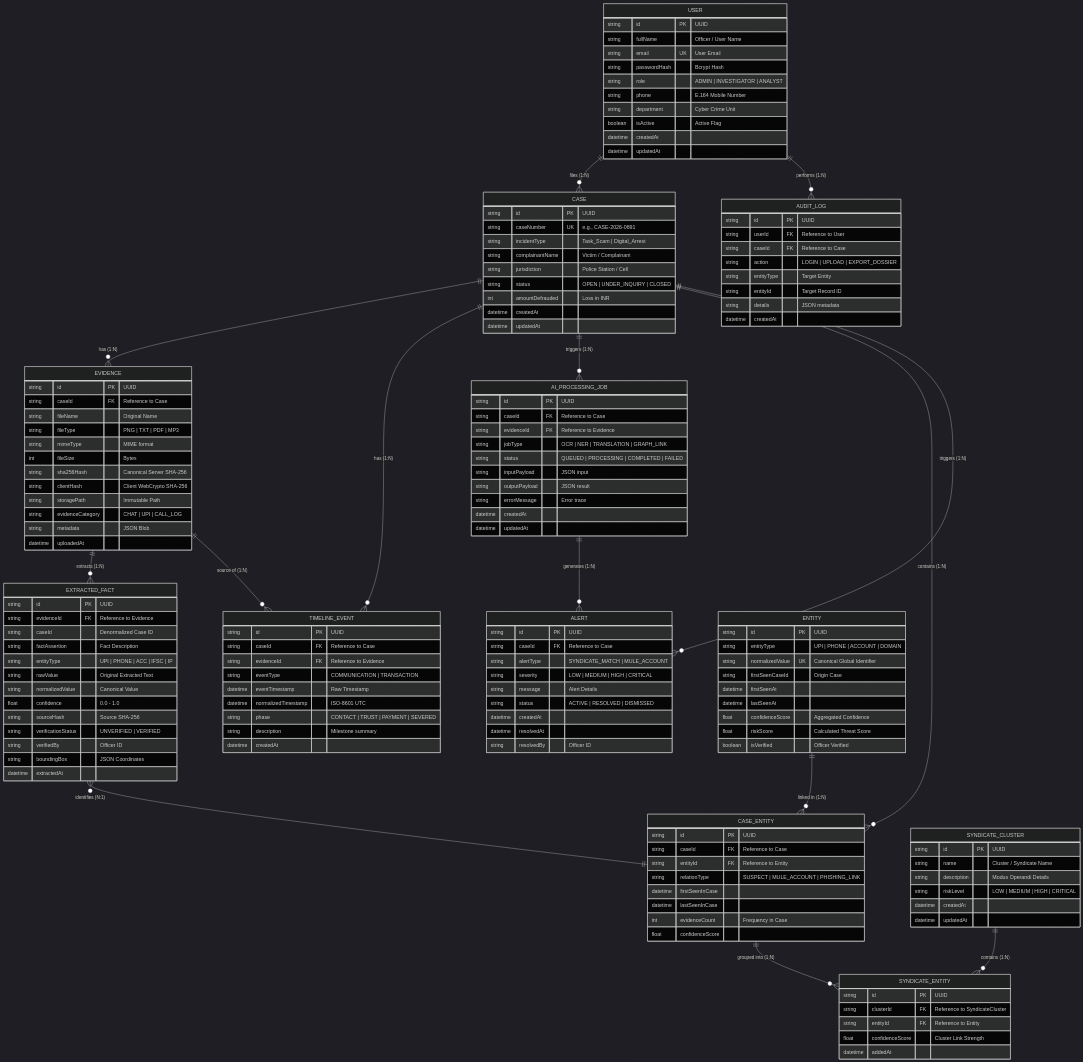
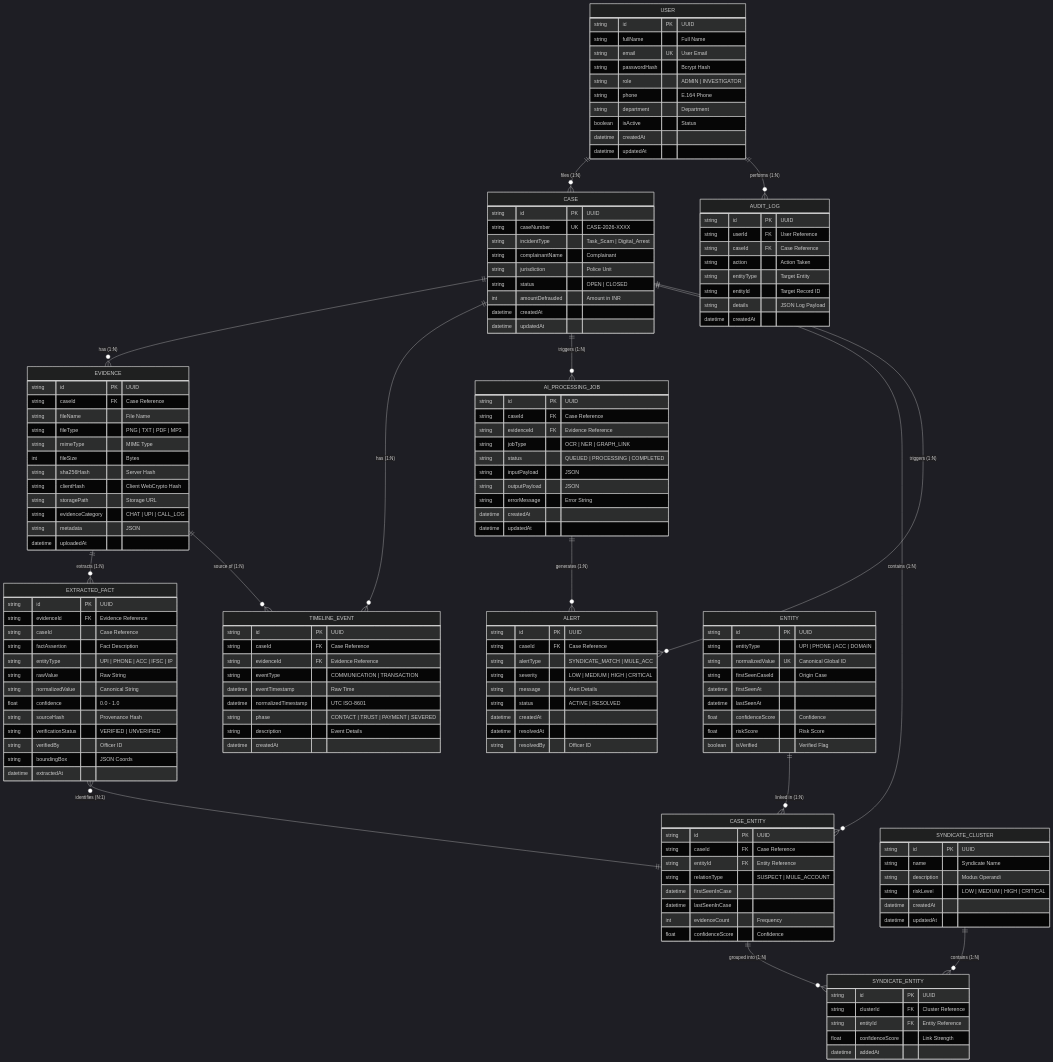
Before and after one commit to aryantripathi130306-droid/Rakshak: the diagram in README.md, drawn with Mermaid (dark theme). The commit also changed other lines of this file, not shown here.

Commit message:
ER Diagram design changes

```diff
--- a/README.md
+++ b/README.md
@@ -280,103 +92,103 @@
 
     USER {
         string id PK "UUID"
-        string fullName "Officer / User Name"
+        string fullName "Full Name"
         string email UK "User Email"
         string passwordHash "Bcrypt Hash"
-        string role "ADMIN | INVESTIGATOR | ANALYST"
-        string phone "E.164 Mobile Number"
-        string department "Cyber Crime Unit"
-        boolean isActive "Active Flag"
+        string role "ADMIN | INVESTIGATOR"
+        string phone "E.164 Phone"
+        string department "Department"
+        boolean isActive "Status"
         datetime createdAt
         datetime updatedAt
     }
 
     CASE {
         string id PK "UUID"
-        string caseNumber UK "e.g., CASE-2026-0891"
+        string caseNumber UK "CASE-2026-XXXX"
         string incidentType "Task_Scam | Digital_Arrest"
-        string complainantName "Victim / Complainant"
-        string jurisdiction "Police Station / Cell"
-        string status "OPEN | UNDER_INQUIRY | CLOSED"
-        int amountDefrauded "Loss in INR"
+        string complainantName "Complainant"
+        string jurisdiction "Police Unit"
+        string status "OPEN | CLOSED"
+        int amountDefrauded "Amount in INR"
         datetime createdAt
         datetime updatedAt
     }
 
     EVIDENCE {
         string id PK "UUID"
-        string caseId FK "Reference to Case"
-        string fileName "Original Name"
+        string caseId FK "Case Reference"
+        string fileName "File Name"
         string fileType "PNG | TXT | PDF | MP3"
-        string mimeType "MIME format"
+        string mimeType "MIME Type"
         int fileSize "Bytes"
-        string sha256Hash "Canonical Server SHA-256"
-        string clientHash "Client WebCrypto SHA-256"
-        string storagePath "Immutable Path"
+        string sha256Hash "Server Hash"
+        string clientHash "Client WebCrypto Hash"
+        string storagePath "Storage URL"
         string evidenceCategory "CHAT | UPI | CALL_LOG"
-        string metadata "JSON Blob"
+        string metadata "JSON"
         datetime uploadedAt
     }
 
     EXTRACTED_FACT {
         string id PK "UUID"
-        string evidenceId FK "Reference to Evidence"
-        string caseId "Denormalized Case ID"
+        string evidenceId FK "Evidence Reference"
+        string caseId "Case Reference"
         string factAssertion "Fact Description"
         string entityType "UPI | PHONE | ACC | IFSC | IP"
-        string rawValue "Original Extracted Text"
-        string normalizedValue "Canonical Value"
+        string rawValue "Raw String"
+        string normalizedValue "Canonical String"
         float confidence "0.0 - 1.0"
-        string sourceHash "Source SHA-256"
-        string verificationStatus "UNVERIFIED | VERIFIED"
+        string sourceHash "Provenance Hash"
+        string verificationStatus "VERIFIED | UNVERIFIED"
         string verifiedBy "Officer ID"
-        string boundingBox "JSON Coordinates"
+        string boundingBox "JSON Coords"
         datetime extractedAt
     }
 
     TIMELINE_EVENT {
         string id PK "UUID"
-        string caseId FK "Reference to Case"
-        string evidenceId FK "Reference to Evidence"
+        string caseId FK "Case Reference"
+        string evidenceId FK "Evidence Reference"
         string eventType "COMMUNICATION | TRANSACTION"
-        datetime eventTimestamp "Raw Timestamp"
-        datetime normalizedTimestamp "ISO-8601 UTC"
+        datetime eventTimestamp "Raw Time"
+        datetime normalizedTimestamp "UTC ISO-8601"
         string phase "CONTACT | TRUST | PAYMENT | SEVERED"
-        string description "Milestone summary"
+        string description "Event Details"
         datetime createdAt
     }
 
     AUDIT_LOG {
         string id PK "UUID"
-        string userId FK "Reference to User"
-        string caseId FK "Reference to Case"
-        string action "LOGIN | UPLOAD | EXPORT_DOSSIER"
+        string userId FK "User Reference"
+        string caseId FK "Case Reference"
+        string action "Action Taken"
         string entityType "Target Entity"
         string entityId "Target Record ID"
-        string details "JSON metadata"
+        string details "JSON Log Payload"
         datetime createdAt
     }
 
     AI_PROCESSING_JOB {
         string id PK "UUID"
-        string caseId FK "Reference to Case"
-        string evidenceId FK "Reference to Evidence"
-        string jobType "OCR | NER | TRANSLATION | GRAPH_LINK"
-        string status "QUEUED | PROCESSING | COMPLETED | FAILED"
-        string inputPayload "JSON input"
-        string outputPayload "JSON result"
-        string errorMessage "Error trace"
+        string caseId FK "Case Reference"
+        string evidenceId FK "Evidence Reference"
+        string jobType "OCR | NER | GRAPH_LINK"
+        string status "QUEUED | PROCESSING | COMPLETED"
+        string inputPayload "JSON"
+        string outputPayload "JSON"
+        string errorMessage "Error String"
         datetime createdAt
         datetime updatedAt
     }
 
     ALERT {
         string id PK "UUID"
-        string caseId FK "Reference to Case"
-        string alertType "SYNDICATE_MATCH | MULE_ACCOUNT"
+        string caseId FK "Case Reference"
+        string alertType "SYNDICATE_MATCH | MULE_ACC"
         string severity "LOW | MEDIUM | HIGH | CRITICAL"
         string message "Alert Details"
-        string status "ACTIVE | RESOLVED | DISMISSED"
+        string status "ACTIVE | RESOLVED"
         datetime createdAt
         datetime resolvedAt
         string resolvedBy "Officer ID"
@@ -384,39 +196,39 @@
 
     ENTITY {
         string id PK "UUID"
-        string entityType "UPI | PHONE | ACCOUNT | DOMAIN"
-        string normalizedValue UK "Canonical Global Identifier"
+        string entityType "UPI | PHONE | ACC | DOMAIN"
+        string normalizedValue UK "Canonical Global ID"
         string firstSeenCaseId "Origin Case"
         datetime firstSeenAt
         datetime lastSeenAt
-        float confidenceScore "Aggregated Confidence"
-        float riskScore "Calculated Threat Score"
-        boolean isVerified "Officer Verified"
+        float confidenceScore "Confidence"
+        float riskScore "Risk Score"
+        boolean isVerified "Verified Flag"
     }
 
     CASE_ENTITY {
         string id PK "UUID"
-        string caseId FK "Reference to Case"
-        string entityId FK "Reference to Entity"
-        string relationType "SUSPECT | MULE_ACCOUNT | PHISHING_LINK"
+        string caseId FK "Case Reference"
+        string entityId FK "Entity Reference"
+        string relationType "SUSPECT | MULE_ACCOUNT"
         datetime firstSeenInCase
         datetime lastSeenInCase
-        int evidenceCount "Frequency in Case"
-        float confidenceScore
+        int evidenceCount "Frequency"
+        float confidenceScore "Confidence"
     }
 
     SYNDICATE_ENTITY {
         string id PK "UUID"
-        string clusterId FK "Reference to SyndicateCluster"
-        string entityId FK "Reference to Entity"
-        float confidenceScore "Cluster Link Strength"
+        string clusterId FK "Cluster Reference"
+        string entityId FK "Entity Reference"
+        float confidenceScore "Link Strength"
         datetime addedAt
     }
 
     SYNDICATE_CLUSTER {
         string id PK "UUID"
-        string name "Cluster / Syndicate Name"
-        string description "Modus Operandi Details"
+        string name "Syndicate Name"
+        string description "Modus Operandi"
         string riskLevel "LOW | MEDIUM | HIGH | CRITICAL"
         datetime createdAt
         datetime updatedAt
```
